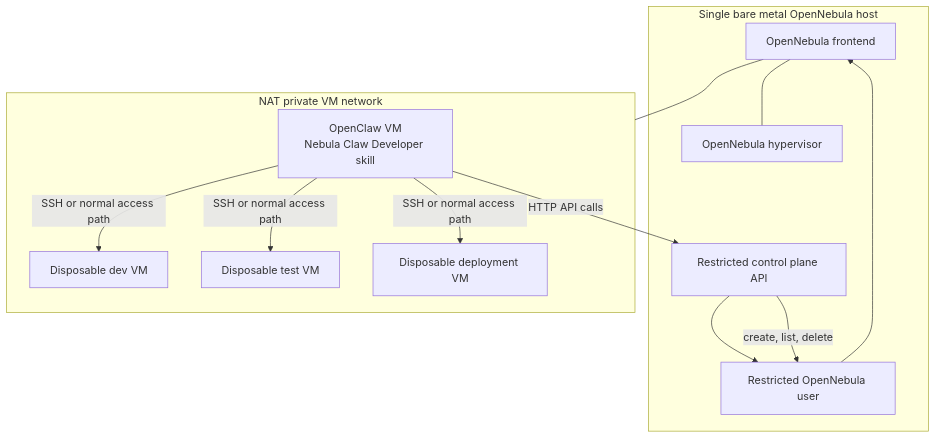
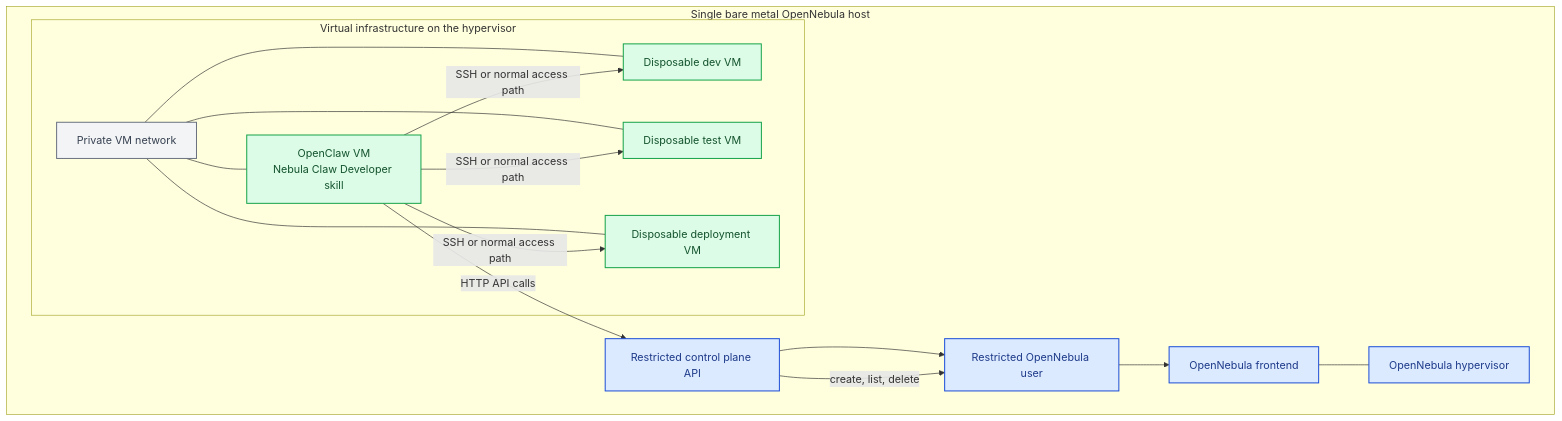
The diagram in README.md (ktfh-claw/nebula-claw-developer), drawn with Mermaid before and after one commit.

Commit message:
Refine architecture diagram styling

````diff
--- a/README.md
+++ b/README.md
@@ -42,26 +42,39 @@
 ```mermaid
 flowchart TD
     subgraph BM[Single bare metal OpenNebula host]
         FE[OpenNebula frontend]
         HV[OpenNebula hypervisor]
         API[Restricted control plane API]
         RU[Restricted OpenNebula user]
+
+        subgraph VI[Virtual infrastructure on the hypervisor]
+            OC[OpenClaw VM\nNebula Claw Developer skill]
+            DEV[Disposable dev VM]
+            TEST[Disposable test VM]
+            DEPLOY[Disposable deployment VM]
+            NET[Private VM network]
+        end
+
         FE --- HV
         API --> RU
         RU --> FE
-    end
-
-    subgraph NAT[NAT private VM network]
-        OC[OpenClaw VM\nNebula Claw Developer skill]
-        DEV[Disposable dev VM]
-        TEST[Disposable test VM]
-        DEPLOY[Disposable deployment VM]
+        NET --- OC
+        NET --- DEV
+        NET --- TEST
+        NET --- DEPLOY
     end
 
     OC -- HTTP API calls --> API
     API -- create, list, delete --> RU
     OC -- SSH or normal access path --> DEV
     OC -- SSH or normal access path --> TEST
     OC -- SSH or normal access path --> DEPLOY
-    FE --- NAT
+
+    classDef infra fill:#dbeafe,stroke:#1d4ed8,color:#1e3a8a,stroke-width:1.5px;
+    classDef vm fill:#dcfce7,stroke:#16a34a,color:#14532d,stroke-width:1.5px;
+    classDef network fill:#f3f4f6,stroke:#6b7280,color:#374151,stroke-width:1.5px;
+
+    class FE,HV,API,RU infra;
+    class OC,DEV,TEST,DEPLOY vm;
+    class NET network;
 ```
````
